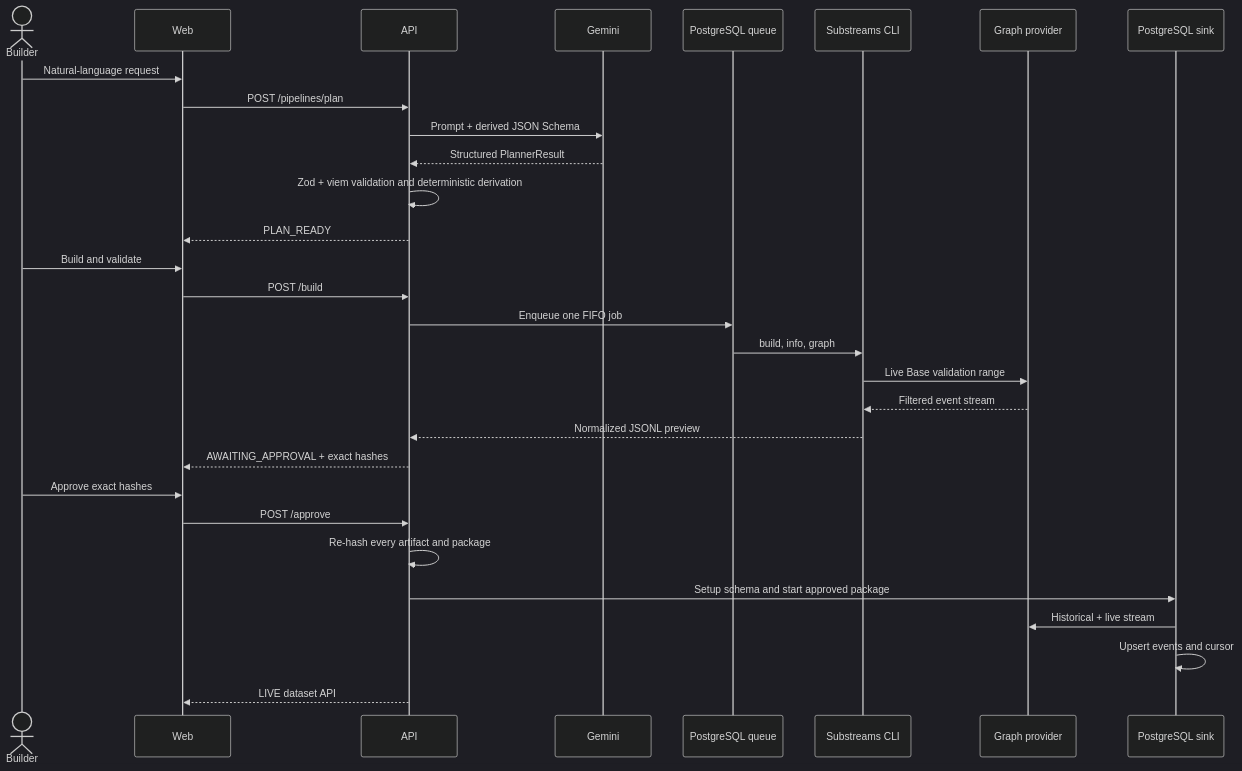
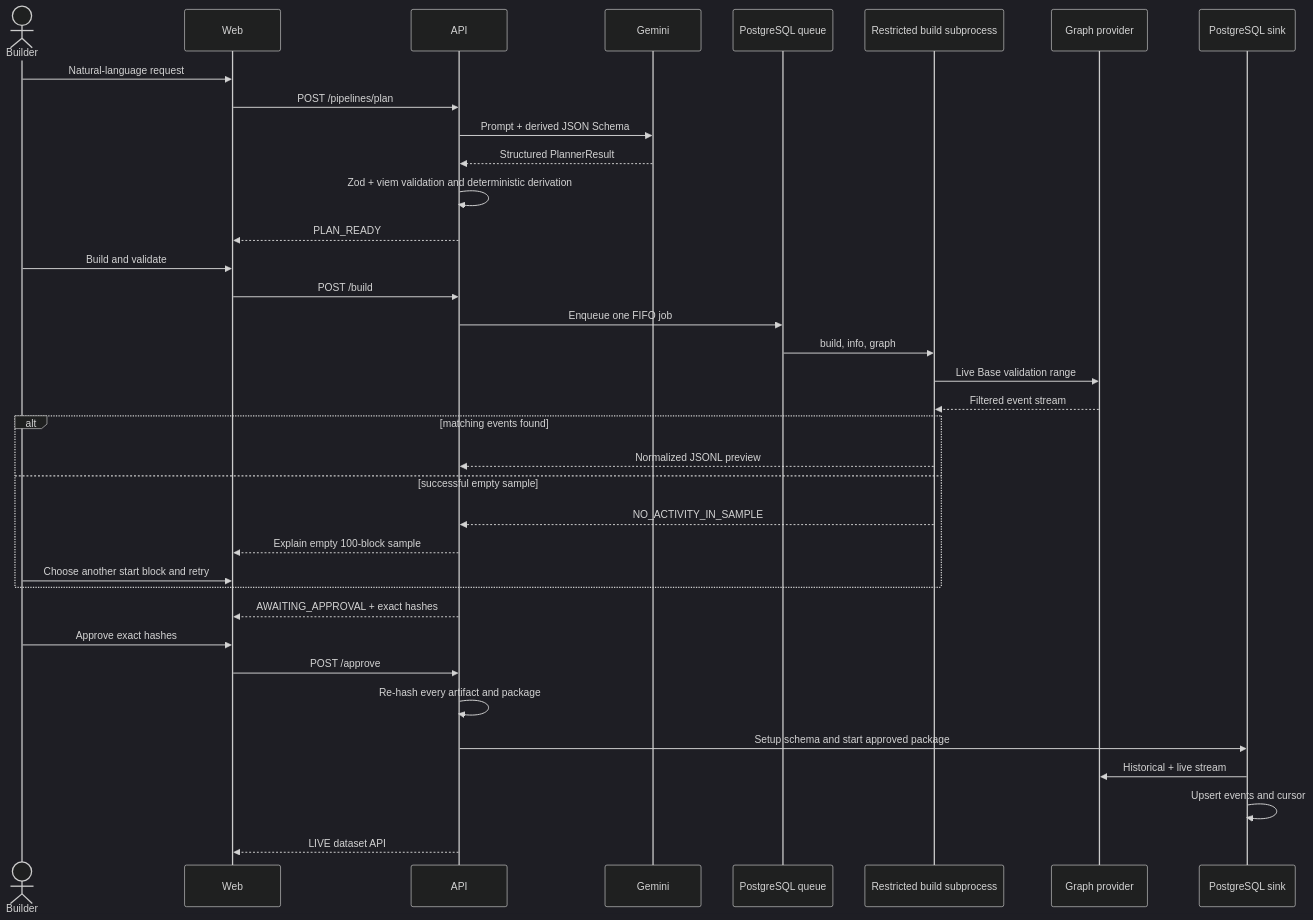
The diagram in docs/architecture.md (aamir-001/Prompt2API), drawn with Mermaid (dark theme) before and after one commit. The commit also changed other lines of this file and 89 other files, not shown here.

````diff
--- a/docs/architecture.md
+++ b/docs/architecture.md
@@ -13,33 +13,39 @@
 ```mermaid
 sequenceDiagram
     actor Builder
     participant Web
     participant API
     participant Gemini
     participant Queue as PostgreSQL queue
-    participant CLI as Substreams CLI
+    participant CLI as Restricted build subprocess
     participant Graph as Graph provider
     participant Sink as PostgreSQL sink
 
     Builder->>Web: Natural-language request
     Web->>API: POST /pipelines/plan
     API->>Gemini: Prompt + derived JSON Schema
     Gemini-->>API: Structured PlannerResult
     API->>API: Zod + viem validation and deterministic derivation
     API-->>Web: PLAN_READY
     Builder->>Web: Build and validate
     Web->>API: POST /build
     API->>Queue: Enqueue one FIFO job
     Queue->>CLI: build, info, graph
     CLI->>Graph: Live Base validation range
     Graph-->>CLI: Filtered event stream
-    CLI-->>API: Normalized JSONL preview
+    alt matching events found
+        CLI-->>API: Normalized JSONL preview
+    else successful empty sample
+        CLI-->>API: NO_ACTIVITY_IN_SAMPLE
+        API-->>Web: Explain empty 100-block sample
+        Builder->>Web: Choose another start block and retry
+    end
     API-->>Web: AWAITING_APPROVAL + exact hashes
     Builder->>Web: Approve exact hashes
     Web->>API: POST /approve
     API->>API: Re-hash every artifact and package
     API->>Sink: Setup schema and start approved package
     Sink->>Graph: Historical + live stream
     Sink->>Sink: Upsert events and cursor
     API-->>Web: LIVE dataset API
 ```
````
